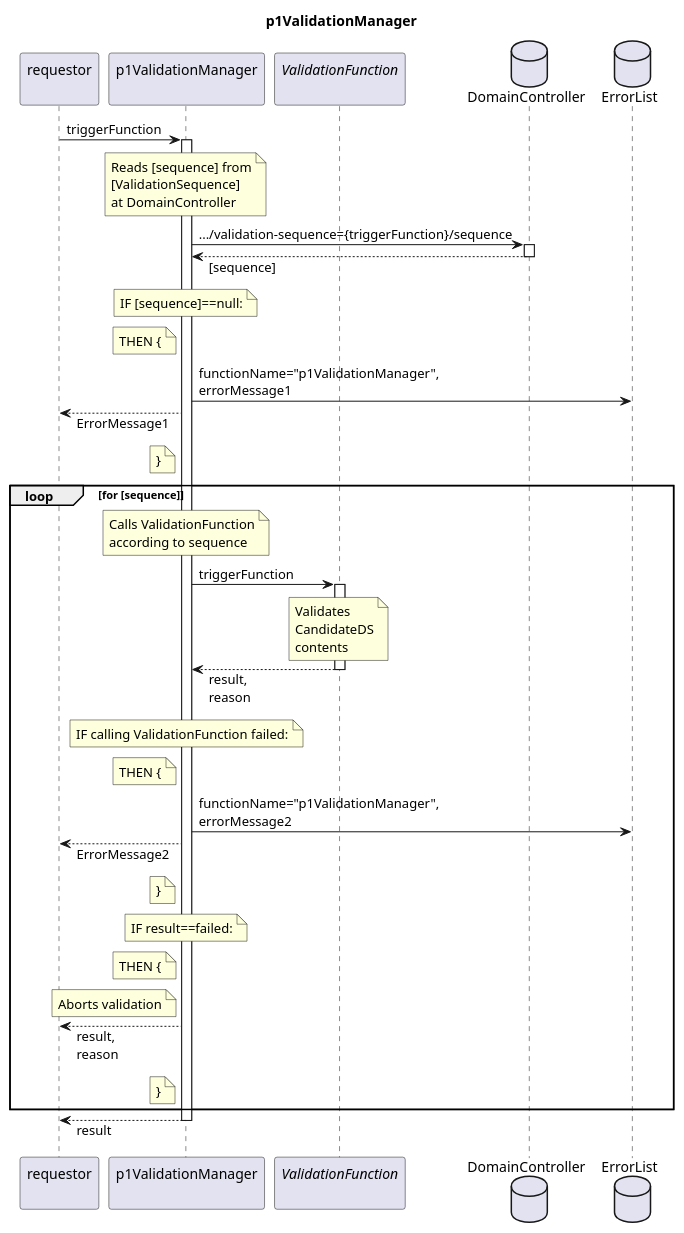
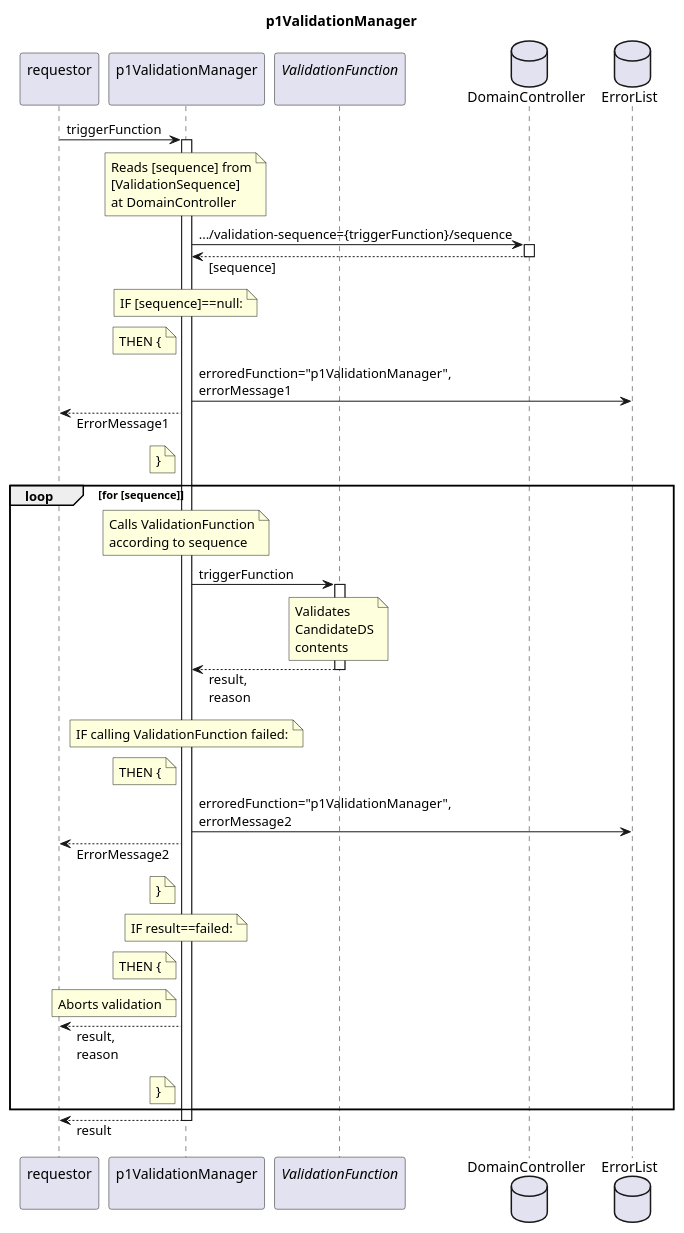
One commit to openBackhaul/FirmWareManager changed the diagram in spec/Functions/Validation/p1ValidationManager/1.0.0/p1ValidationManager.plantuml. Above: the diagram before and after it, drawn with PlantUML. The commit also changed 28 other files, not shown here.

```diff
--- a/spec/Functions/Validation/p1ValidationManager/1.0.0/p1ValidationManager.plantuml
+++ b/spec/Functions/Validation/p1ValidationManager/1.0.0/p1ValidationManager.plantuml
@@ -1,85 +1,85 @@
 @startuml p1ValidationManager
 skinparam responseMessageBelowArrow true
 
 title
   p1ValidationManager
 end title
 
 participant "requestor\n" as requestor
 participant "p1ValidationManager\n" as valiMan
 participant "<i>ValidationFunction</i>\n" as valiFun
 
 database "DomainController" as DC
 database "ErrorList" as hEL
 
 requestor -> valiMan: triggerFunction
 activate valiMan
 
   note over valiMan
     Reads [sequence] from
     [ValidationSequence] 
     at DomainController
   end note
   valiMan -> DC:  .../validation-sequence={triggerFunction}/sequence
   activate DC
   valiMan <-- DC: [sequence]
   deactivate DC
   note over valiMan
     IF [sequence]==null:
   end note
   note left valiMan
     THEN {
   end note
-  valiMan -> hEL: functionName="p1ValidationManager",\nerrorMessage1
+  valiMan -> hEL: erroredFunction="p1ValidationManager",\nerrorMessage1
   requestor <-- valiMan : ErrorMessage1
   note left valiMan
     }
   end note
 
   loop for [sequence]
 
     note over valiMan
       Calls ValidationFunction
       according to sequence
     end note
     valiMan -> valiFun: triggerFunction
     activate valiFun
       note over valiFun
         Validates
         CandidateDS
         contents
       end note
     valiMan <-- valiFun: result,\nreason
     deactivate valiFun
 
     note over valiMan
       IF calling ValidationFunction failed:
     end note
     note left valiMan
       THEN {
     end note
-    valiMan -> hEL: functionName="p1ValidationManager",\nerrorMessage2
+    valiMan -> hEL: erroredFunction="p1ValidationManager",\nerrorMessage2
     requestor <-- valiMan: ErrorMessage2
     note left valiMan
       }
     end note
 
     note over valiMan
       IF result==failed:
     end note
     note left valiMan
       THEN {
     end note
     note left valiMan
       Aborts validation
     end note
     requestor <-- valiMan: result,\nreason
     note left valiMan
       }
     end note
   end loop
 
 requestor <-- valiMan: result
 deactivate valiMan
 
 @enduml
```
